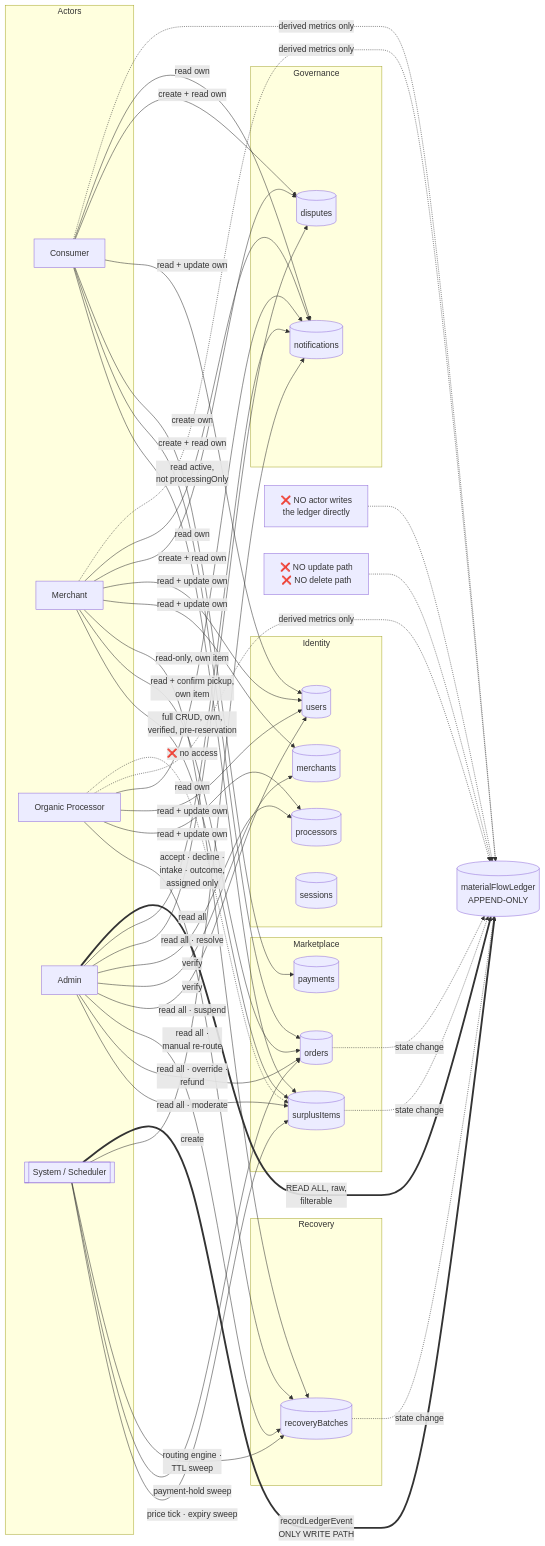
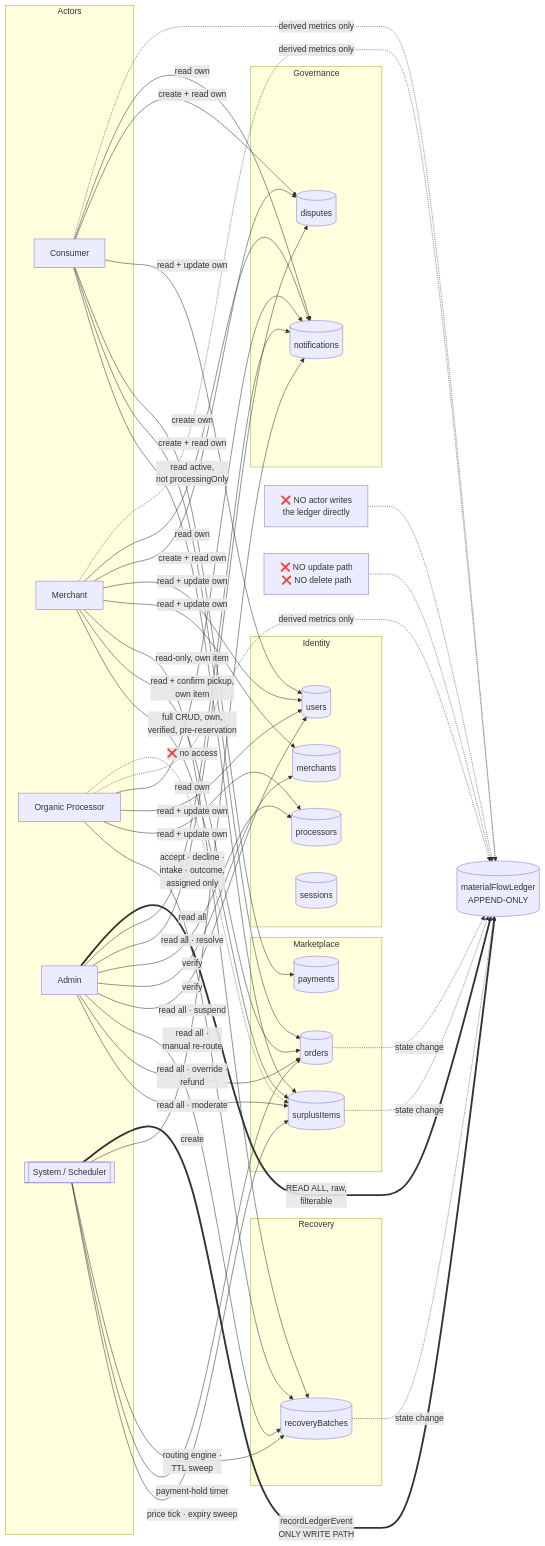
One commit to 201dev/cirquo changed the second of 2 diagrams in docs/spec/ROLES.md. Above: the diagram before and after it, drawn with Mermaid. The commit also changed other lines of this file and 43 other files, not shown here.

````diff
--- a/docs/spec/ROLES.md
+++ b/docs/spec/ROLES.md
@@ -1069,81 +1078,81 @@
 ```mermaid
 flowchart LR
     subgraph Actors
         C[Consumer]
         M[Merchant]
         P[Organic Processor]
         A[Admin]
         S[[System / Scheduler]]
     end
 
     subgraph Marketplace
         SI[(surplusItems)]
         OR[(orders)]
         PY[(payments)]
     end
 
     subgraph Recovery
         RB[(recoveryBatches)]
     end
 
     subgraph Identity
         US[(users)]
         ME[(merchants)]
         PR[(processors)]
         SE[(sessions)]
     end
 
     subgraph Governance
         DI[(disputes)]
         NO[(notifications)]
     end
 
     LG[(materialFlowLedger<br/>APPEND-ONLY)]
 
     C -->|read active,<br/>not processingOnly| SI
     C -->|create + read own| OR
     C -->|create own| PY
     C -->|read + update own| US
     C -->|create + read own| DI
     C -->|read own| NO
     C -.->|derived metrics only| LG
 
     M -->|full CRUD, own,<br/>verified, pre-reservation| SI
     M -->|read + confirm pickup,<br/>own item| OR
     M -->|read-only, own item| RB
     M -->|read + update own| ME
     M -->|read + update own| US
     M -->|create + read own| DI
     M -->|read own| NO
     M -.->|derived metrics only| LG
 
     P -->|accept · decline ·<br/>intake · outcome,<br/>assigned only| RB
     P -->|read + update own| PR
     P -->|read + update own| US
     P -->|read own| NO
     P -.->|derived metrics only| LG
     P -.->|❌ no access| SI
 
     A -->|read all · moderate| SI
     A -->|read all · override ·<br/>refund| OR
     A -->|read all ·<br/>manual re-route| RB
     A -->|read all · suspend| US
     A -->|verify| ME
     A -->|verify| PR
     A -->|read all · resolve| DI
     A -->|read all| NO
     A ==>|READ ALL, raw,<br/>filterable| LG
 
     S -->|price tick · expiry sweep| SI
-    S -->|payment-hold sweep| OR
+    S -->|payment-hold timer| OR
     S -->|routing engine ·<br/>TTL sweep| RB
     S -->|create| NO
     S ==>|recordLedgerEvent<br/>ONLY WRITE PATH| LG
 
     SI -.->|state change| LG
     OR -.->|state change| LG
     RB -.->|state change| LG
 
     X[❌ NO actor writes<br/>the ledger directly] -.-> LG
     Y[❌ NO update path<br/>❌ NO delete path] -.-> LG
 ```
````
